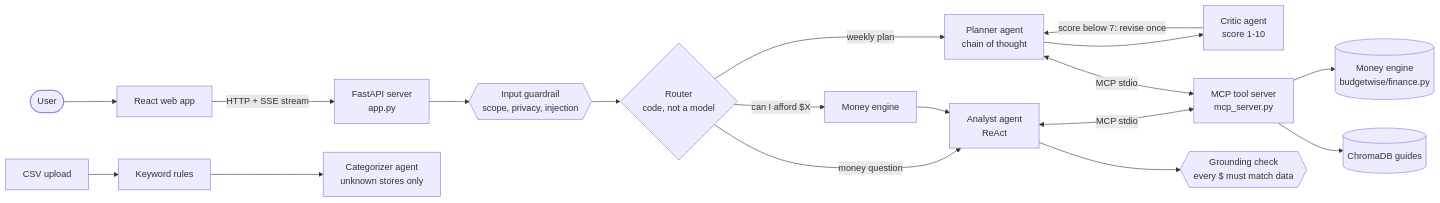
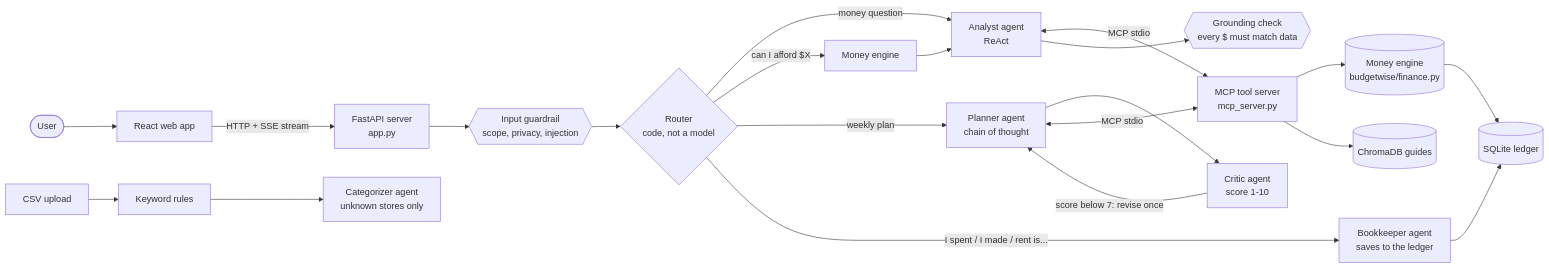
One commit to AndrewDestacamento/TeamProject3_M4 changed the diagram in README.md. Above: the diagram before and after it, drawn with Mermaid. The commit also changed other lines of this file and 1 other file, not shown here.

First line of the commit message:
Tests for the ledger and Bookkeeper tools; README for natural-language logging

````diff
--- a/README.md
+++ b/README.md
@@ -18,16 +20,17 @@
 ```mermaid
 flowchart LR
   U([User]) --> UI[React web app]
   UI -- "HTTP + SSE stream" --> API[FastAPI server<br/>app.py]
   API --> G{{Input guardrail<br/>scope, privacy, injection}}
   G --> R{Router<br/>code, not a model}
   R -- "money question" --> AN[Analyst agent<br/>ReAct]
   R -- "can I afford $X" --> ME[Money engine] --> AN
   R -- "weekly plan" --> PL[Planner agent<br/>chain of thought] --> CR[Critic agent<br/>score 1-10]
+  R -- "I spent / I made / rent is..." --> BK[Bookkeeper agent<br/>saves to the ledger] --> DB[(SQLite ledger)]
   CR -- "score below 7: revise once" --> PL
   AN & PL <-- MCP stdio --> T[MCP tool server<br/>mcp_server.py]
-  T --> ME2[(Money engine<br/>budgetwise/finance.py)]
+  T --> ME2[(Money engine<br/>budgetwise/finance.py)] --> DB
   T --> KB[(ChromaDB guides)]
   AN --> GR{{Grounding check<br/>every $ must match data}}
   UP[CSV upload] --> RU[Keyword rules] --> CA[Categorizer agent<br/>unknown stores only]
 ```
````
